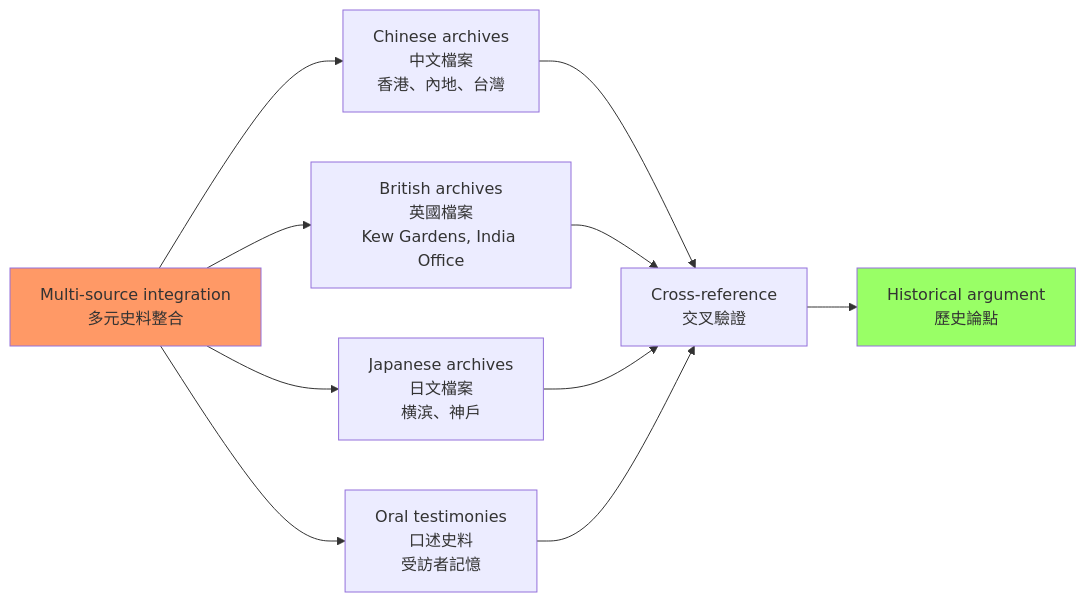
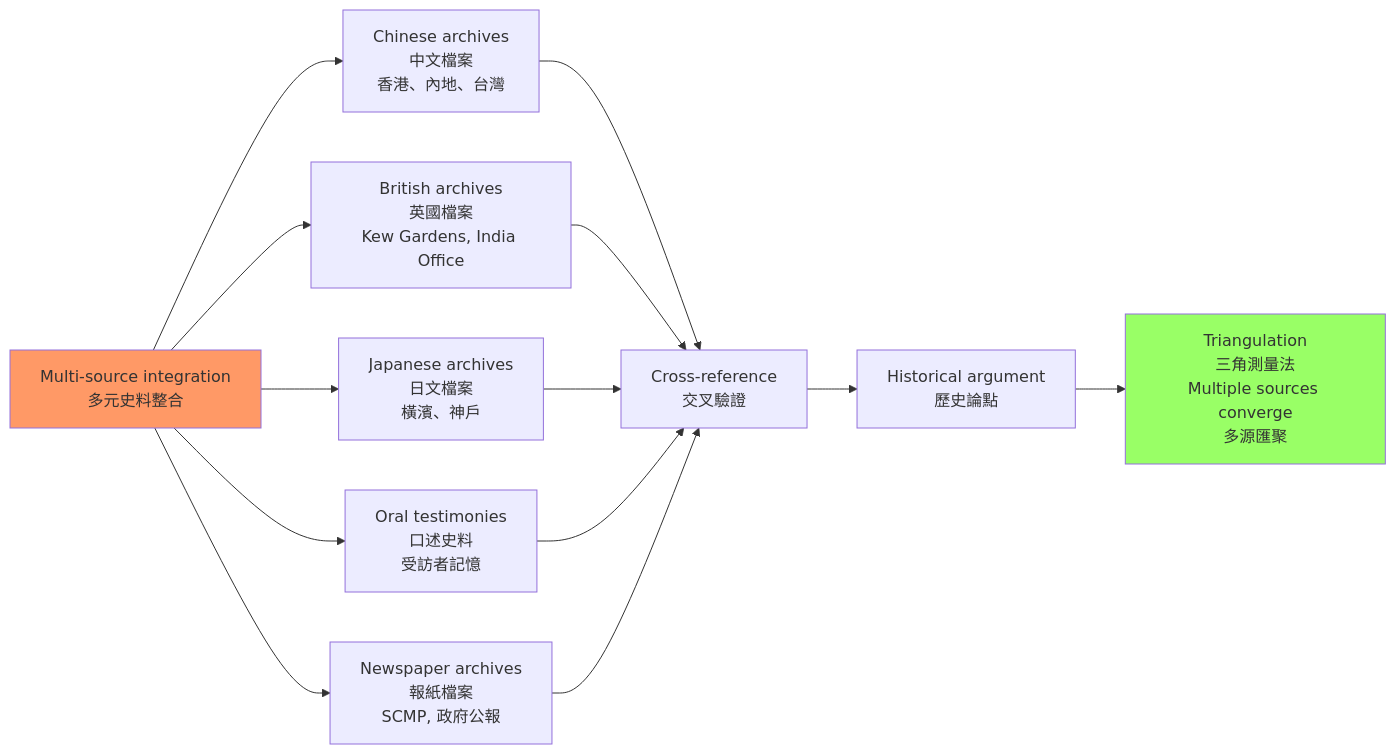
The fourth of 6 diagrams in 01_HKU_Courses/HIST4028_History_Without_Borders.md (yip-lgtm/HKU-Harvard-History-Self-Study), drawn with Mermaid before and after one commit. The commit also changed other lines of this file and 22 other files, not shown here.

````diff
--- a/01_HKU_Courses/HIST4028_History_Without_Borders.md
+++ b/01_HKU_Courses/HIST4028_History_Without_Borders.md
@@ -151,16 +250,20 @@
 ```mermaid
 graph LR
     A[Multi-source integration<br/>多元史料整合] --> B[Chinese archives<br/>中文檔案<br/>香港、內地、台灣]
     A --> C[British archives<br/>英國檔案<br/>Kew Gardens, India Office]
-    A --> D[Japanese archives<br/>日文檔案<br/>横滨、神戶]
+    A --> D[Japanese archives<br/>日文檔案<br/>橫濱、神戶]
     A --> E[Oral testimonies<br/>口述史料<br/>受訪者記憶]
+    A --> F[Newspaper archives<br/>報紙檔案<br/>SCMP, 政府公報]
     
-    B --> F[Cross-reference<br/>交叉驗證]
-    C --> F
-    D --> F
-    E --> F
-    F --> G[Historical argument<br/>歷史論點]
+    B --> F1[Cross-reference<br/>交叉驗證]
+    C --> F1
+    D --> F1
+    E --> F1
+    F --> F1
+    
+    F1 --> G[Historical argument<br/>歷史論點]
+    G --> H[Triangulation<br/>三角測量法<br/>Multiple sources converge<br/>多源匯聚]
     
     style A fill:#f96
-    style G fill:#9f6
+    style H fill:#9f6
 ```
````
